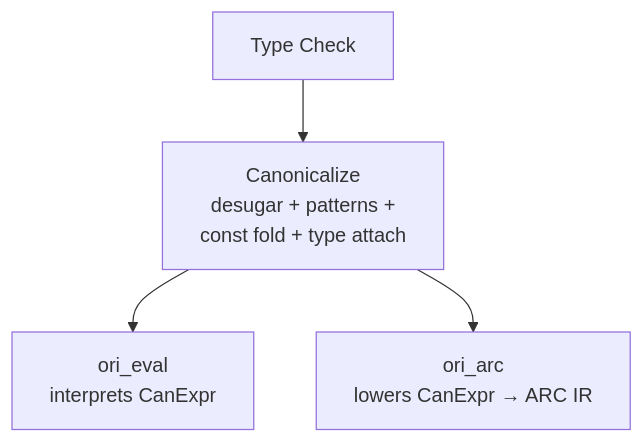
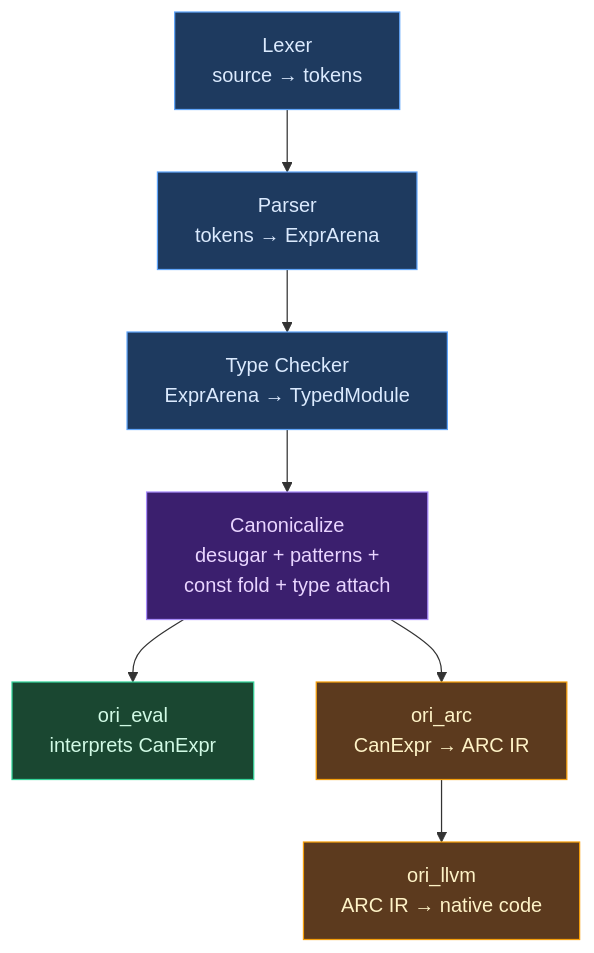
One commit to upstat-io/ori-lang changed the diagram in docs/compiler/design/07-canonicalization/index.md. Above: the diagram before and after it, drawn with Mermaid. The commit also changed other lines of this file and 152 other files, not shown here.

````diff
--- a/docs/compiler/design/07-canonicalization/index.md
+++ b/docs/compiler/design/07-canonicalization/index.md
@@ -32,15 +85,35 @@
 ```mermaid
 flowchart TB
-    TC["Type Check"]
+    LEX["Lexer
+    source → tokens"]
+    PARSE["Parser
+    tokens → ExprArena"]
+    TC["Type Checker
+    ExprArena → TypedModule"]
     CANON["Canonicalize
     desugar + patterns +
     const fold + type attach"]
     EVAL["ori_eval
     interprets CanExpr"]
     ARC["ori_arc
-    lowers CanExpr → ARC IR"]
+    CanExpr → ARC IR"]
+    LLVM["ori_llvm
+    ARC IR → native code"]
 
+    LEX --> PARSE
+    PARSE --> TC
     TC --> CANON
     CANON --> EVAL
     CANON --> ARC
+    ARC --> LLVM
+
+    classDef frontend fill:#1e3a5f,stroke:#60a5fa,color:#dbeafe
+    classDef canon fill:#3b1f6e,stroke:#a78bfa,color:#e9d5ff
+    classDef interpreter fill:#1a4731,stroke:#34d399,color:#d1fae5
+    classDef native fill:#5c3a1e,stroke:#f59e0b,color:#fef3c7
+
+    class LEX,PARSE,TC frontend
+    class CANON canon
+    class EVAL interpreter
+    class ARC,LLVM native
 ```
````
